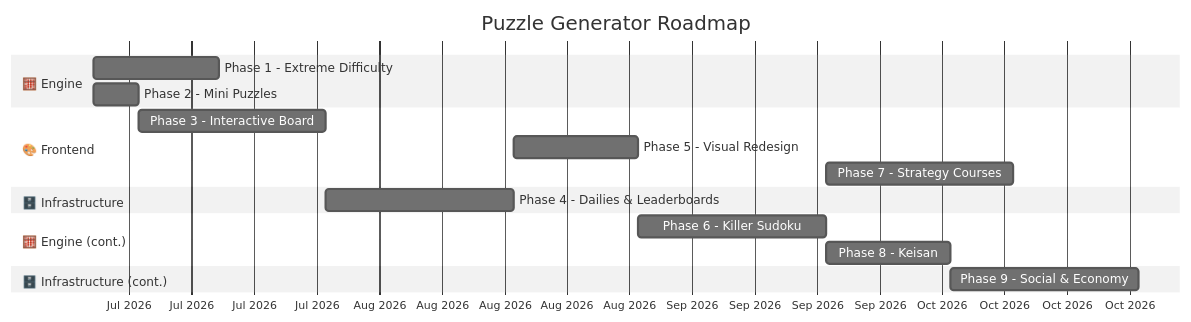
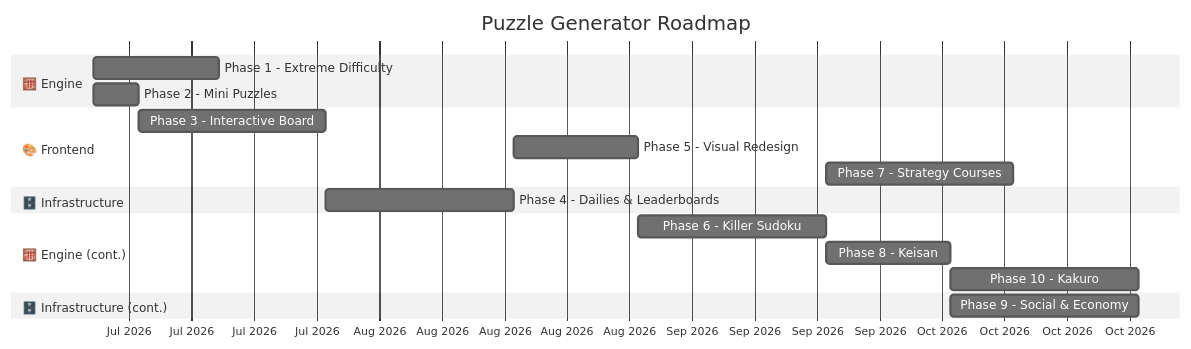
The third of 4 diagrams in Docs/roadmap.md (zfert99/Puzzle-Generator), drawn with Mermaid (neutral theme) before and after one commit. The commit also changed other lines of this file and 22 other files, not shown here.

````diff
--- a/Docs/roadmap.md
+++ b/Docs/roadmap.md
@@ -605,25 +641,26 @@
 ```mermaid
 gantt
     title Puzzle Generator Roadmap
     dateFormat YYYY-MM-DD
     axisFormat %b %Y
 
     section 🧮 Engine
     Phase 1 - Extreme Difficulty        :p1, 2026-07-01, 14d
     Phase 2 - Mini Puzzles              :p2, 2026-07-01, 5d
 
     section 🎨 Frontend
     Phase 3 - Interactive Board         :p3, after p2, 21d
     Phase 5 - Visual Redesign           :p5, after p4, 14d
     Phase 7 - Strategy Courses          :p7, after p6, 21d
 
     section 🗄️ Infrastructure
     Phase 4 - Dailies & Leaderboards    :p4, after p3, 21d
 
     section 🧮 Engine (cont.)
     Phase 6 - Killer Sudoku             :p6, after p5, 21d
     Phase 8 - Keisan                    :p8, after p6, 14d
+    Phase 10 - Kakuro                   :p10, after p8, 21d
 
     section 🗄️ Infrastructure (cont.)
     Phase 9 - Social & Economy          :p9, after p8, 21d
 ```
````
